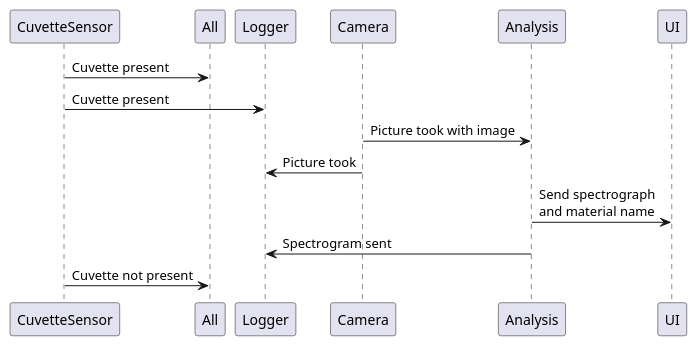
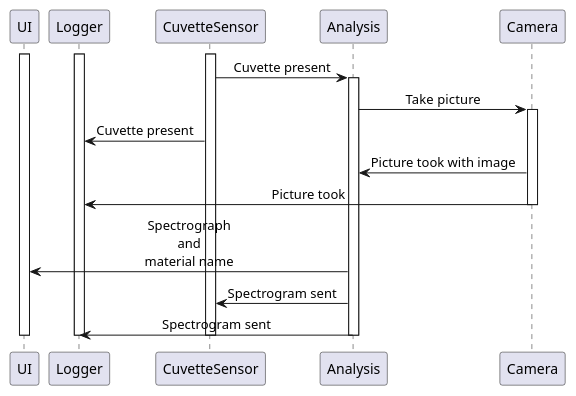
One commit to rantonet/raspiscope-python changed the diagram in diagrams/overallCommunications.plantuml. Above: the diagram before and after it, drawn with PlantUML. The commit also changed 8 other files, not shown here.

```diff
--- a/diagrams/overallCommunications.plantuml
+++ b/diagrams/overallCommunications.plantuml
@@ -1,9 +1,23 @@
 @startuml Modules Communications
-CuvetteSensor -> All      : Cuvette present
-CuvetteSensor -> Logger   : Cuvette present
-Camera        -> Analysis : Picture took with image
-Camera        -> Logger   : Picture took
-Analysis      -> UI       : Send spectrograph\nand material name
-Analysis      -> Logger   : Spectrogram sent
-CuvetteSensor -> All      : Cuvette not present
+<style>
+element{ HorizontalAlignment:center; }
+</style>
+activate UI
+activate Logger
+activate CuvetteSensor
+CuvetteSensor -> Analysis      : Cuvette present
+activate Analysis
+Analysis      -> Camera        : Take picture
+activate Camera
+CuvetteSensor -> Logger        : Cuvette present
+Camera        -> Analysis      : Picture took with image
+Camera        -> Logger        : Picture took
+deactivate Camera
+Analysis      -> UI            : Spectrograph\nand\nmaterial name
+Analysis      -> CuvetteSensor : Spectrogram sent
+Analysis      -> Logger        : Spectrogram sent
+deactivate Analysis
+deactivate CuvetteSensor
+deactivate Logger
+deactivate UI
 @enduml
```
